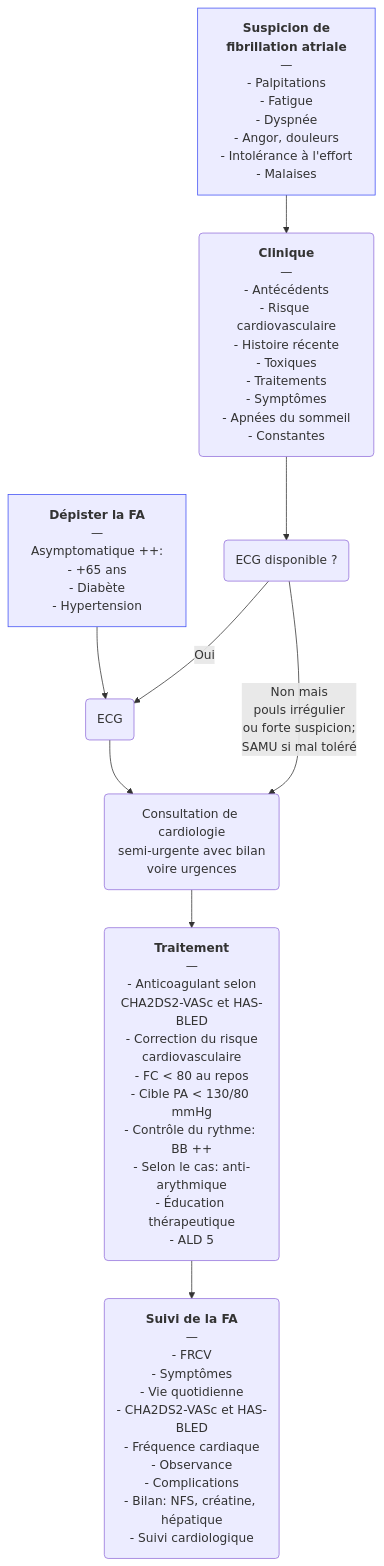
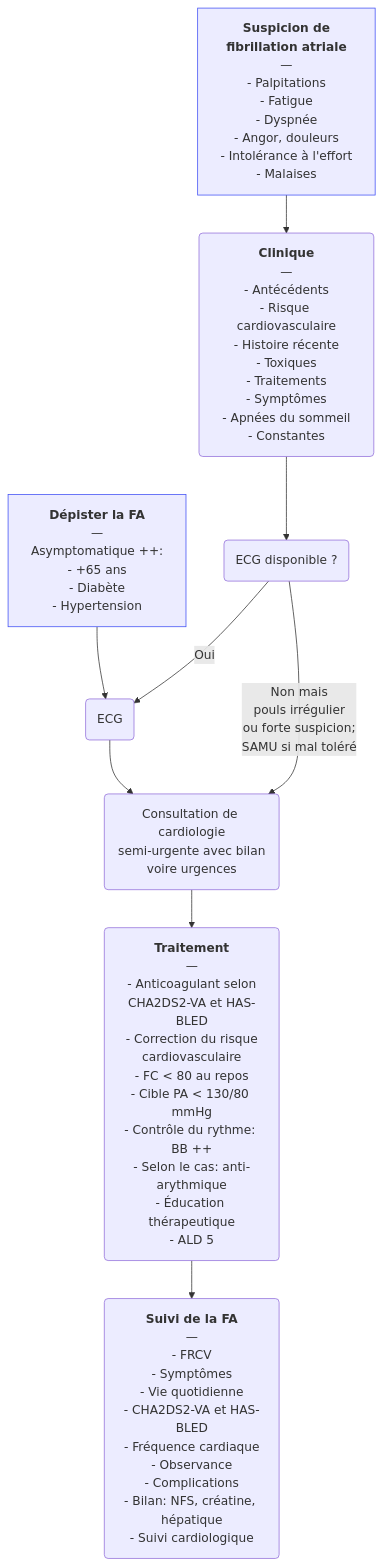
The diagram in content/recommandations/fibrillation-atriale.md (djibe/recommandations-medicales), drawn with Mermaid before and after one commit. The commit also changed other lines of this file and 40 other files, not shown here.

```diff
--- a/content/recommandations/fibrillation-atriale.md
+++ b/content/recommandations/fibrillation-atriale.md
@@ -394,8 +396,8 @@
 {{< mermaid title="Prise en charge de la fibrillation atriale par le médecin généraliste. Drs Alaedine Benani et JB Fron d'après ESC, ESH et HAS" >}}
 graph TB
-  dépistage["<b>Dépister la FA</b><br>—<br>Asymptomatique ++:<br>- +65 ans<br>- Diabète<br>- Hypertension"] --> ECG(ECG) --> cardiologue("Consultation de cardiologie<br>semi-urgente avec bilan<br>voire urgences") --> traitement("<b>Traitement</b><br>—<br>- Anticoagulant selon<br>CHA2DS2-VASc et HAS-BLED<br>- Correction du risque<br>cardiovasculaire<br>- FC &lt; 80 au repos<br>- Cible PA &lt; 130/80 mmHg<br>- Contrôle du rythme: BB ++<br>- Selon le cas: anti-arythmique<br>- Éducation thérapeutique<br>- ALD 5")  --> suivi("<b>Suivi de la FA</b><br>—<br>- FRCV<br>- Symptômes<br>- Vie quotidienne<br>- CHA2DS2-VASc et HAS-BLED<br>- Fréquence cardiaque<br>- Observance<br>- Complications<br>- Bilan: NFS, créatine, hépatique<br>- Suivi cardiologique")
+  dépistage["<b>Dépister la FA</b><br>—<br>Asymptomatique ++:<br>- +65 ans<br>- Diabète<br>- Hypertension"] --> ECG(ECG) --> cardiologue("Consultation de cardiologie<br>semi-urgente avec bilan<br>voire urgences") --> traitement("<b>Traitement</b><br>—<br>- Anticoagulant selon<br>CHA2DS2-VA et HAS-BLED<br>- Correction du risque<br>cardiovasculaire<br>- FC &lt; 80 au repos<br>- Cible PA &lt; 130/80 mmHg<br>- Contrôle du rythme: BB ++<br>- Selon le cas: anti-arythmique<br>- Éducation thérapeutique<br>- ALD 5")  --> suivi("<b>Suivi de la FA</b><br>—<br>- FRCV<br>- Symptômes<br>- Vie quotidienne<br>- CHA2DS2-VA et HAS-BLED<br>- Fréquence cardiaque<br>- Observance<br>- Complications<br>- Bilan: NFS, créatine, hépatique<br>- Suivi cardiologique")
   suspicion["<b>Suspicion de<br>fibrillation atriale</b><br>—<br>- Palpitations<br>- Fatigue<br>- Dyspnée<br>- Angor, douleurs<br>- Intolérance à l'effort<br>- Malaises"] --> clinique("<b>Clinique</b><br>—<br>- Antécédents<br>- Risque cardiovasculaire<br>- Histoire récente<br>- Toxiques<br>- Traitements<br>- Symptômes<br>- Apnées du sommeil<br>- Constantes") --> disponible("ECG disponible ?") -- Oui --> ECG
     disponible -- "Non mais<br>pouls irrégulier<br>ou forte suspicion;<br>SAMU si mal toléré" --> cardiologue
   style dépistage stroke:#4150f5, stroke-width:1px
   style suspicion stroke:#4150f5, stroke-width:1px
 {{< /mermaid >}}
```
